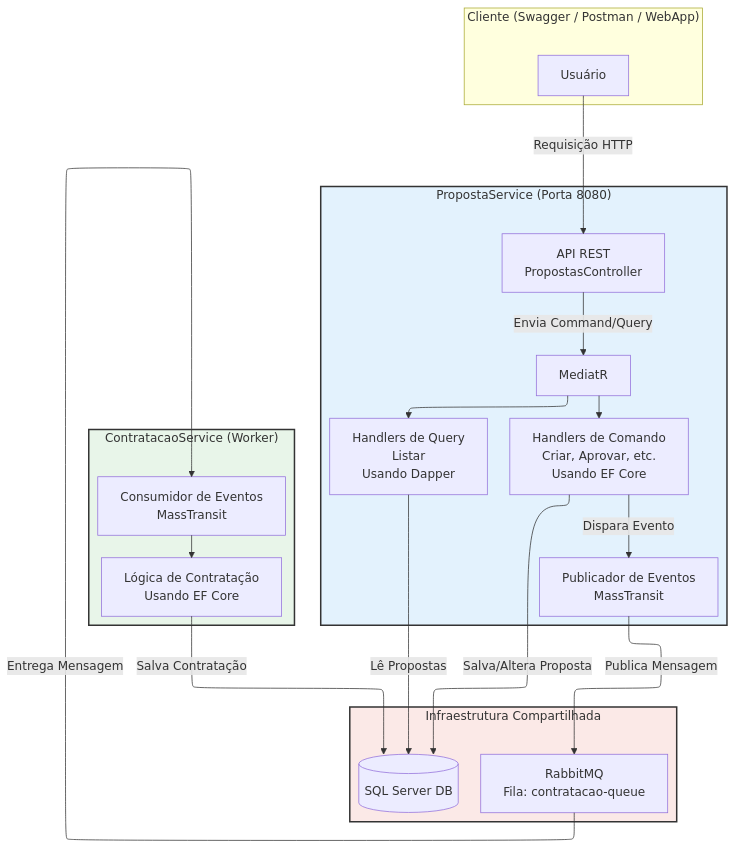
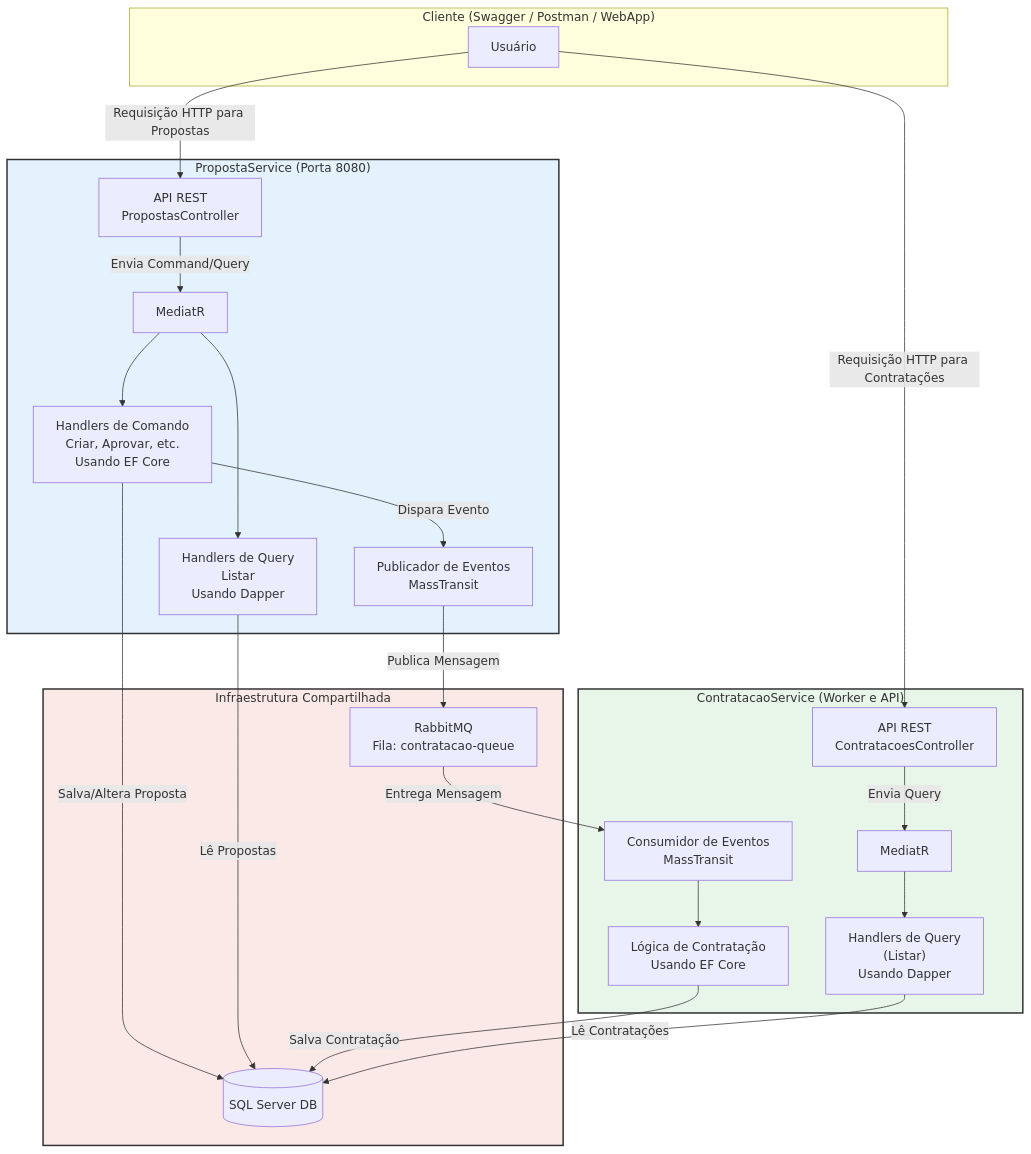
Before and after one commit to roodriiigooo/InsurancePlatform: the diagram in README.md, drawn with Mermaid.

````diff
--- a/README.md
+++ b/README.md
@@ -50,38 +50,57 @@
 ```mermaid
----
-config:
-  layout: elk
----
-flowchart TD
- subgraph subGraph0["Cliente (Swagger / Postman / WebApp)"]
+graph TD
+    subgraph "Cliente (Swagger / Postman / WebApp)"
         User["Usuário"]
-  end
- subgraph PropostaService["PropostaService (Porta 8080)"]
-        Controller["API REST <br> PropostasController"]
-        Mediator["MediatR"]
+    end
+
+    subgraph PropostaService ["PropostaService (Porta 8080)"]
+        style PropostaService fill:#e3f2fd,stroke:#333,stroke-width:2px
+        Controller_P["API REST <br> PropostasController"]
+        Mediator_P["MediatR"]
         Commands["Handlers de Comando <br> Criar, Aprovar, etc. <br> Usando EF Core"]
-        Queries["Handlers de Query <br> Listar <br> Usando Dapper"]
+        Queries_P["Handlers de Query <br> Listar <br> Usando Dapper"]
         Publisher["Publicador de Eventos <br> MassTransit"]
-  end
- subgraph ContratacaoService["ContratacaoService (Worker)"]
+        
+        Controller_P -- Envia Command/Query --> Mediator_P
+        Mediator_P --> Commands
+        Mediator_P --> Queries_P
+        Commands -- Dispara Evento --> Publisher
+    end
+
+    subgraph ContratacaoService ["ContratacaoService (Worker e API)"]
+        style ContratacaoService fill:#e8f5e9,stroke:#333,stroke-width:2px
+        
+        %% Adicionando o fluxo de API que faltava %%
+        Controller_C["API REST <br> ContratacoesController"]
+        Mediator_C["MediatR"]
+        Queries_C["Handlers de Query <br> (Listar) <br> Usando Dapper"]
+        
+        %% Componentes de Worker existentes %%
         Consumer["Consumidor de Eventos <br> MassTransit"]
         Logic["Lógica de Contratação <br> Usando EF Core"]
-  end
- subgraph Infra["Infraestrutura Compartilhada"]
+        
+        Controller_C -- Envia Query --> Mediator_C
+        Mediator_C --> Queries_C
+        Consumer --> Logic
+    end
+    
+    subgraph Infra ["Infraestrutura Compartilhada"]
+        style Infra fill:#fbe9e7,stroke:#333,stroke-width:2px
         DB[("SQL Server DB")]
         RabbitMQ["RabbitMQ <br> Fila: contratacao-queue"]
-  end
-    Controller -- Envia Command/Query --> Mediator
-    Mediator --> Commands & Queries
-    Commands -- Dispara Evento --> Publisher
-    Consumer --> Logic
-    User -- Requisição HTTP --> Controller
+    end
+    
+    %% Conexões do Cliente %%
+    User -- Requisição HTTP para Propostas --> Controller_P
+    User -- Requisição HTTP para Contratações --> Controller_C
+
+    %% Conexões do PropostaService %%
     Commands -- Salva/Altera Proposta --> DB
-    Queries -- Lê Propostas --> DB
+    Queries_P -- Lê Propostas --> DB
     Publisher -- Publica Mensagem --> RabbitMQ
+    
+    %% Conexões do ContratacaoService %%
     RabbitMQ -- Entrega Mensagem --> Consumer
     Logic -- Salva Contratação --> DB
-    style PropostaService fill:#e3f2fd,stroke:#333,stroke-width:2px
-    style ContratacaoService fill:#e8f5e9,stroke:#333,stroke-width:2px
-    style Infra fill:#fbe9e7,stroke:#333,stroke-width:2px
+    Queries_C -- Lê Contratações --> DB
 ```
````
